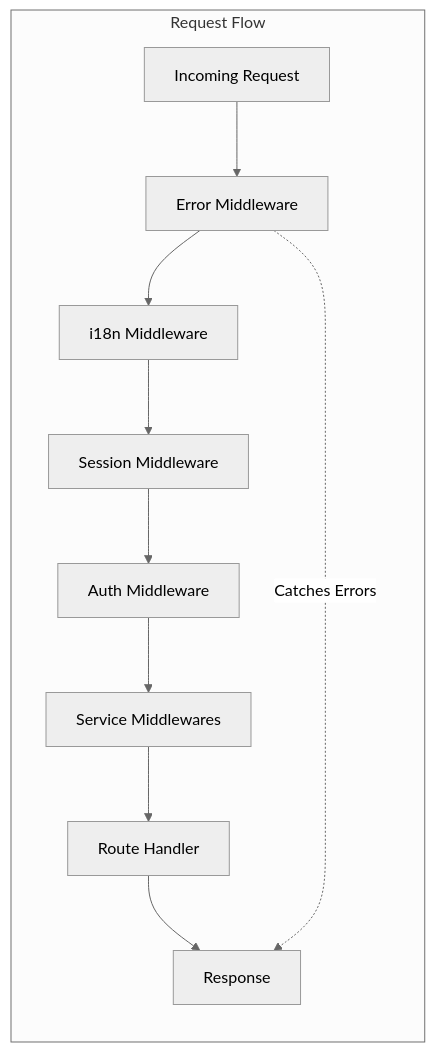
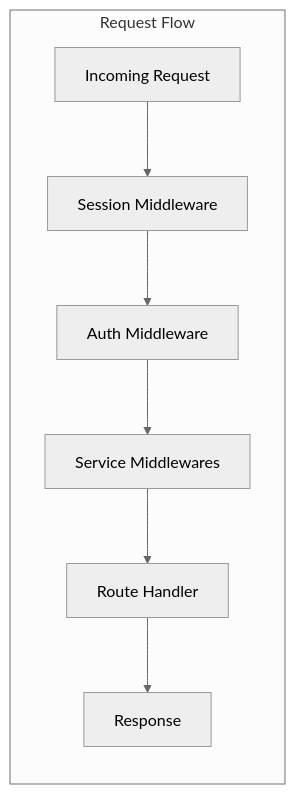
The diagram in kit/dapp/src/orpc/middlewares/README.md (settlemint/asset-tokenization-kit), drawn with Mermaid (neutral theme) before and after one commit. The commit also changed other lines of this file and 21 other files, not shown here.

````diff
--- a/kit/dapp/src/orpc/middlewares/README.md
+++ b/kit/dapp/src/orpc/middlewares/README.md
@@ -9,23 +9,17 @@
 ```mermaid
 graph LR
     subgraph "Request Flow"
         Request[Incoming Request]
-        Error[Error Middleware]
-        I18n[i18n Middleware]
         Session[Session Middleware]
         Auth[Auth Middleware]
         Service[Service Middlewares]
         Handler[Route Handler]
         Response[Response]
     end
 
-    Request --> Error
-    Error --> I18n
-    I18n --> Session
+    Request --> Session
     Session --> Auth
     Auth --> Service
     Service --> Handler
     Handler --> Response
-
-    Error -.->|Catches Errors| Response
 ```
````
